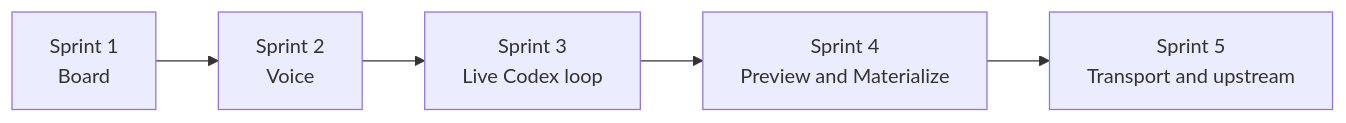
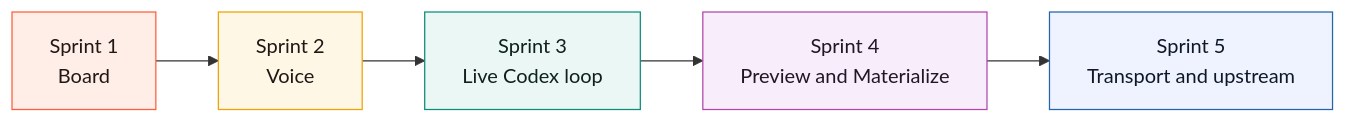
One commit to varshneydevansh/Canvax changed the first of 4 diagrams in docs/EXECUTION_STATUS.md. Above: the diagram before and after it, drawn with Mermaid. The commit also changed other lines of this file and 24 other files, not shown here.

````diff
--- a/docs/EXECUTION_STATUS.md
+++ b/docs/EXECUTION_STATUS.md
@@ -17,7 +17,18 @@
 ```mermaid
 flowchart LR
     S1[Sprint 1\nBoard] --> S2[Sprint 2\nVoice]
     S2 --> S3[Sprint 3\nLive Codex loop]
     S3 --> S4[Sprint 4\nPreview and Materialize]
     S4 --> S5[Sprint 5\nTransport and upstream]
+
+    classDef board fill:#ffede8,stroke:#ff5d3a,color:#211815;
+    classDef voice fill:#fff7e6,stroke:#f0a202,color:#211815;
+    classDef loop fill:#eaf7f5,stroke:#0c8d7b,color:#10201d;
+    classDef preview fill:#f7edfb,stroke:#b246a8,color:#211625;
+    classDef upstream fill:#eef3ff,stroke:#2364aa,color:#101828;
+    class S1 board;
+    class S2 voice;
+    class S3 loop;
+    class S4 preview;
+    class S5 upstream;
 ```
````
